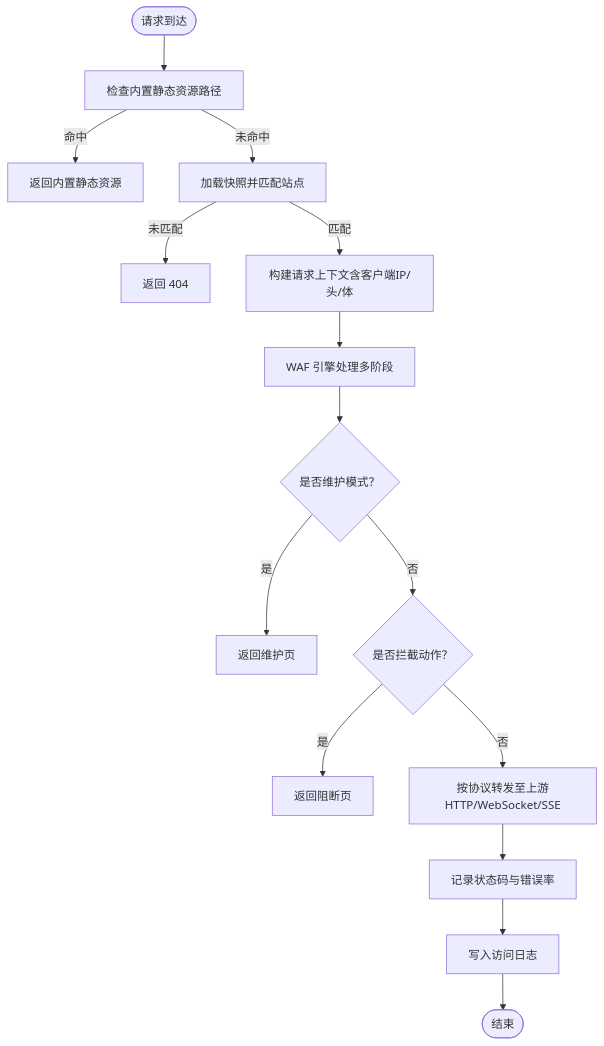
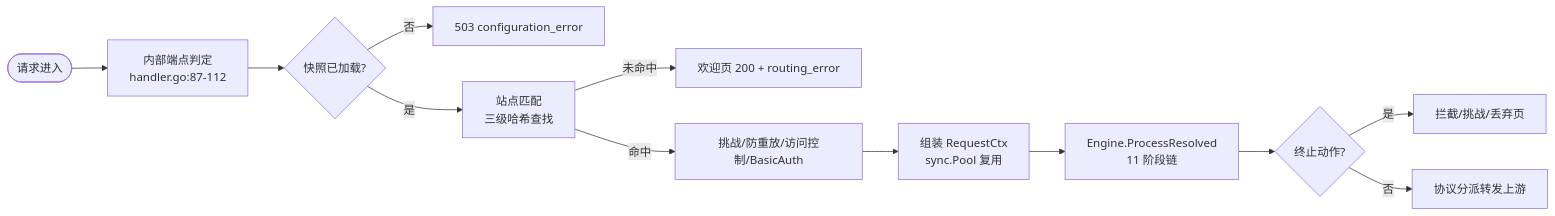
Before and after one commit to x01n/My-OpenWaf: the sixth of 9 diagrams in docs/系统架构设计/系统架构设计.md, drawn with Mermaid. The commit also changed other lines of this file and 622 other files, not shown here.

````diff
--- a/docs/系统架构设计/系统架构设计.md
+++ b/docs/系统架构设计/系统架构设计.md
@@ -204,17 +420,14 @@
 ```mermaid
-flowchart TD
-Start(["请求到达"]) --> StaticCheck["检查内置静态资源路径"]
-StaticCheck --> |命中| ServeStatic["返回内置静态资源"]
-StaticCheck --> |未命中| LoadSnap["加载快照并匹配站点"]
-LoadSnap --> |未匹配| NotFound["返回 404"]
-LoadSnap --> |匹配| BuildCtx["构建请求上下文含客户端IP/头/体"]
-BuildCtx --> Engine["WAF 引擎处理多阶段"]
-Engine --> Maintenance{"是否维护模式？"}
-Maintenance --> |是| BlockMaint["返回维护页"]
-Maintenance --> |否| Intercept{"是否拦截动作？"}
-Intercept --> |是| Block["返回阻断页"]
-Intercept --> |否| Upstream["按协议转发至上游HTTP/WebSocket/SSE"]
-Upstream --> Stats["记录状态码与错误率"]
-Stats --> AccessLog["写入访问日志"]
-AccessLog --> End(["结束"])
+flowchart LR
+  IN([请求进入]) --> EP["内部端点判定<br/>handler.go:87-112"]
+  EP --> SN{"快照已加载?"}
+  SN --> |否| S503["503 configuration_error"]
+  SN --> |是| MT["站点匹配<br/>三级哈希查找"]
+  MT --> |未命中| WP["欢迎页 200 + routing_error"]
+  MT --> |命中| GATE["挑战/防重放/访问控制/BasicAuth"]
+  GATE --> CTX["组装 RequestCtx<br/>sync.Pool 复用"]
+  CTX --> ENG["Engine.ProcessResolved<br/>11 阶段链"]
+  ENG --> ACT{"终止动作?"}
+  ACT --> |是| PAGE["拦截/挑战/丢弃页"]
+  ACT --> |否| FWD["协议分派转发上游"]
 ```
````
